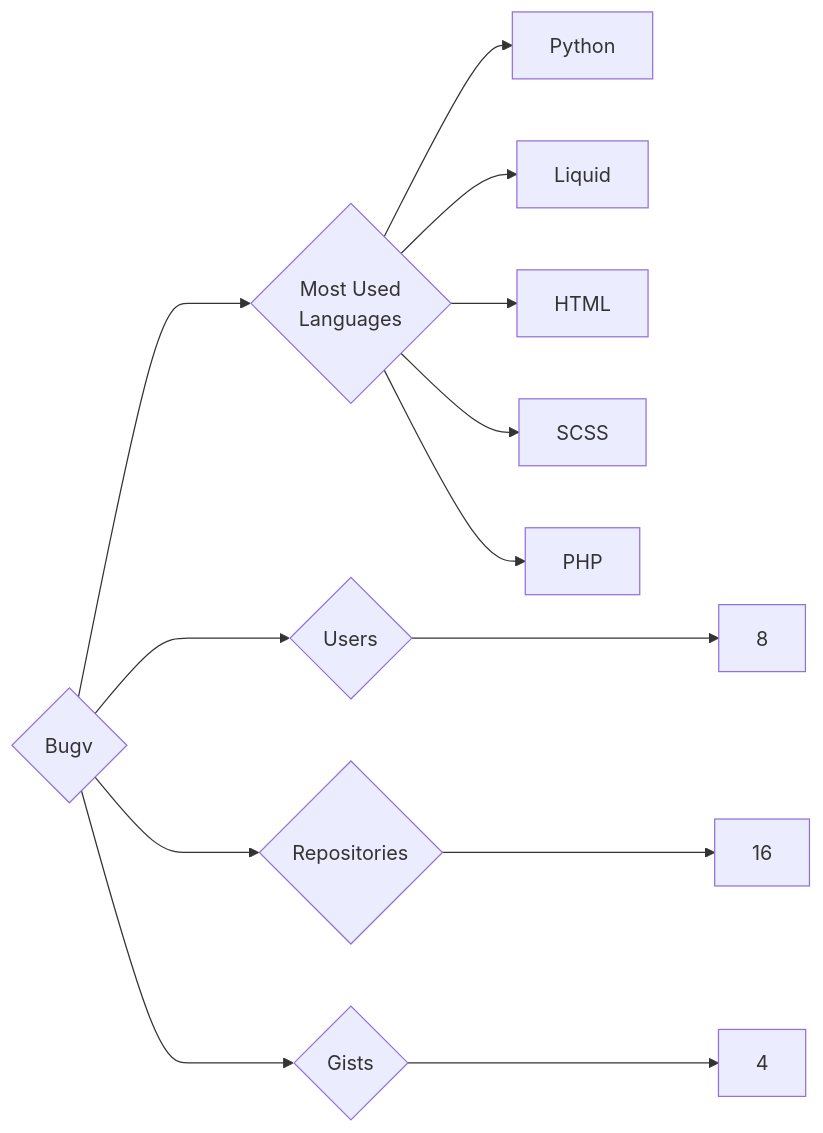
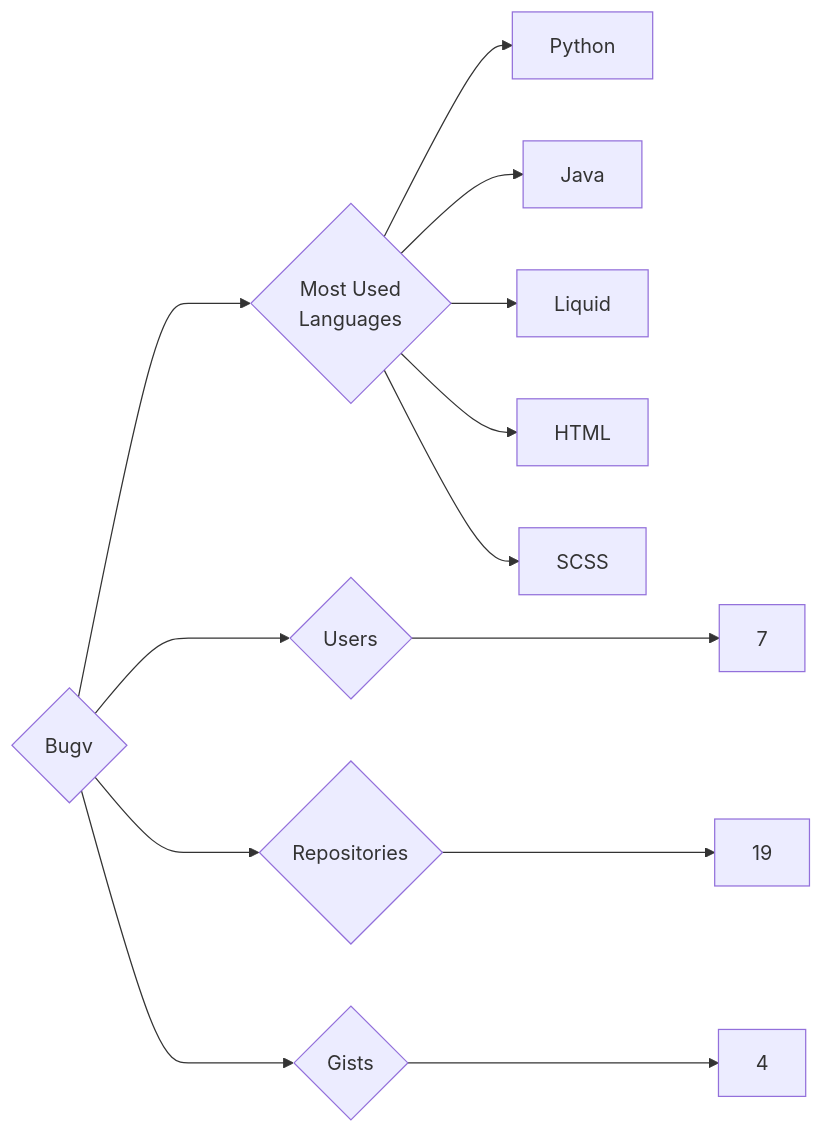
The diagram in targets/Bugv/README.md (trickest/insiders), drawn with Mermaid before and after one commit. The commit also changed 1078 other files, not shown here.

````diff
--- a/targets/Bugv/README.md
+++ b/targets/Bugv/README.md
@@ -3,13 +3,13 @@
 ```mermaid
 graph LR
 COMPANY_NAME{Bugv}
-COMPANY_NAME ---> U{Users} ---> UN[8]
-COMPANY_NAME ---> R{Repositories} ---> RN[16]
+COMPANY_NAME ---> U{Users} ---> UN[7]
+COMPANY_NAME ---> R{Repositories} ---> RN[19]
 COMPANY_NAME ---> G{Gists} ---> GN[4]
 COMPANY_NAME ---> ML{Most Used<br>Languages}
 ML --> Python[Python]
+ML --> Java[Java]
 ML --> Liquid[Liquid]
 ML --> HTML[HTML]
 ML --> SCSS[SCSS]
-ML --> PHP[PHP]
 ```
````
